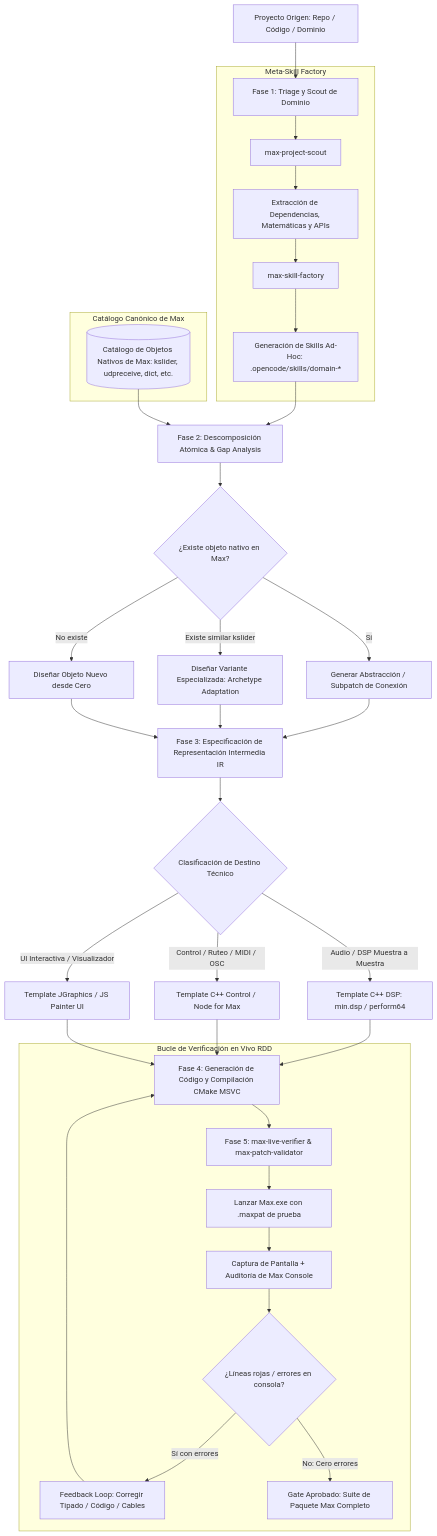
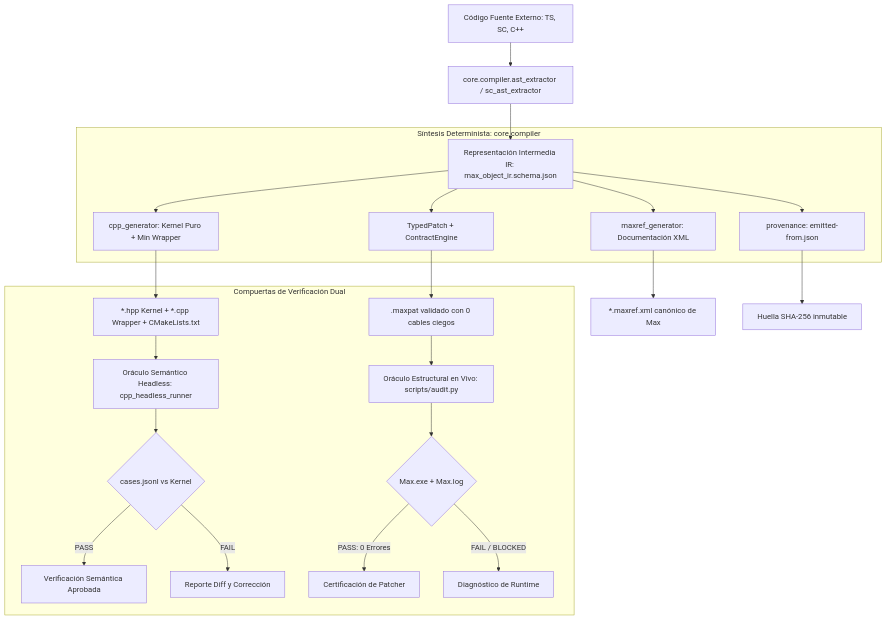
One commit to Totopo27/harmos changed the diagram in ARQUITECTURA_TRADUCTOR_MAX.md. Above: the diagram before and after it, drawn with Mermaid. The commit also changed other lines of this file and 13 other files, not shown here.

Commit message:
docs(governance): synchronize architecture docs, formulate ADRs 0006-0011 and update glossary

````diff
--- a/ARQUITECTURA_TRADUCTOR_MAX.md
+++ b/ARQUITECTURA_TRADUCTOR_MAX.md
@@ -26,46 +30,29 @@
 ```mermaid
 graph TD
-    A[Proyecto Origen: Repo / Código / Dominio] --> B[Fase 1: Triage y Scout de Dominio]
-    
-    subgraph Meta-Skill Factory
-        B --> C[max-project-scout]
-        C --> D[Extracción de Dependencias, Matemáticas y APIs]
-        D --> E[max-skill-factory]
-        E --> F[Generación de Skills Ad-Hoc: .opencode/skills/domain-*]
+    A[Código Fuente Externo: TS, SC, C++] --> B[core.compiler.ast_extractor / sc_ast_extractor]
+    B --> C[Representación Intermedia IR: max_object_ir.schema.json]
+
+    subgraph Síntesis Determinista: core.compiler
+        C --> D[TypedPatch + ContractEngine]
+        C --> E[cpp_generator: Kernel Puro + Min Wrapper]
+        C --> F[maxref_generator: Documentación XML]
+        C --> G[provenance: emitted-from.json]
     end
 
-    subgraph Catálogo Canónico de Max
-        G[(Catálogo de Objetos Nativos de Max: kslider, udpreceive, dict, etc.)]
-    end
+    D --> H[.maxpat validado con 0 cables ciegos]
+    E --> I[*.hpp Kernel + *.cpp Wrapper + CMakeLists.txt]
+    F --> J[*.maxref.xml canónico de Max]
+    G --> K[Huella SHA-256 inmutable]
 
-    F --> H[Fase 2: Descomposición Atómica & Gap Analysis]
-    G --> H
+    subgraph Compuertas de Verificación Dual
+        I --> L[Oráculo Semántico Headless: cpp_headless_runner]
+        L --> M{cases.jsonl vs Kernel}
+        M -- PASS --> N[Verificación Semántica Aprobada]
+        M -- FAIL --> O[Reporte Diff y Corrección]
 
-    H --> I{¿Existe objeto nativo en Max?}
-    I -- Sí --> J[Generar Abstracción / Subpatch de Conexión]
-    I -- Existe similar kslider --> K[Diseñar Variante Especializada: Archetype Adaptation]
-    I -- No existe --> L[Diseñar Objeto Nuevo desde Cero]
-
-    J --> M[Fase 3: Especificación de Representación Intermedia IR]
-    K --> M
-    L --> M
-
-    M --> N{Clasificación de Destino Técnico}
-    N -- Audio / DSP Muestra a Muestra --> O[Template C++ DSP: min.dsp / perform64]
-    N -- Control / Ruteo / MIDI / OSC --> P[Template C++ Control / Node for Max]
-    N -- UI Interactiva / Visualizador --> Q[Template JGraphics / JS Painter UI]
-
-    O --> R[Fase 4: Generación de Código y Compilación CMake MSVC]
-    P --> R
-    Q --> R
-
-    subgraph Bucle de Verificación en Vivo RDD
-        R --> S[Fase 5: max-live-verifier & max-patch-validator]
-        S --> T[Lanzar Max.exe con .maxpat de prueba]
-        T --> U[Captura de Pantalla + Auditoría de Max Console]
-        U --> V{¿Líneas rojas / errores en consola?}
-        V -- Sí con errores --> W[Feedback Loop: Corregir Tipado / Código / Cables]
-        W --> R
-        V -- No: Cero errores --> X[Gate Aprobado: Suite de Paquete Max Completo]
+        H --> P[Oráculo Estructural en Vivo: scripts/audit.py]
+        P --> Q{Max.exe + Max.log}
+        Q -- PASS: 0 Errores --> R[Certificación de Patcher]
+        Q -- FAIL / BLOCKED --> S[Diagnóstico de Runtime]
     end
 ```
````
